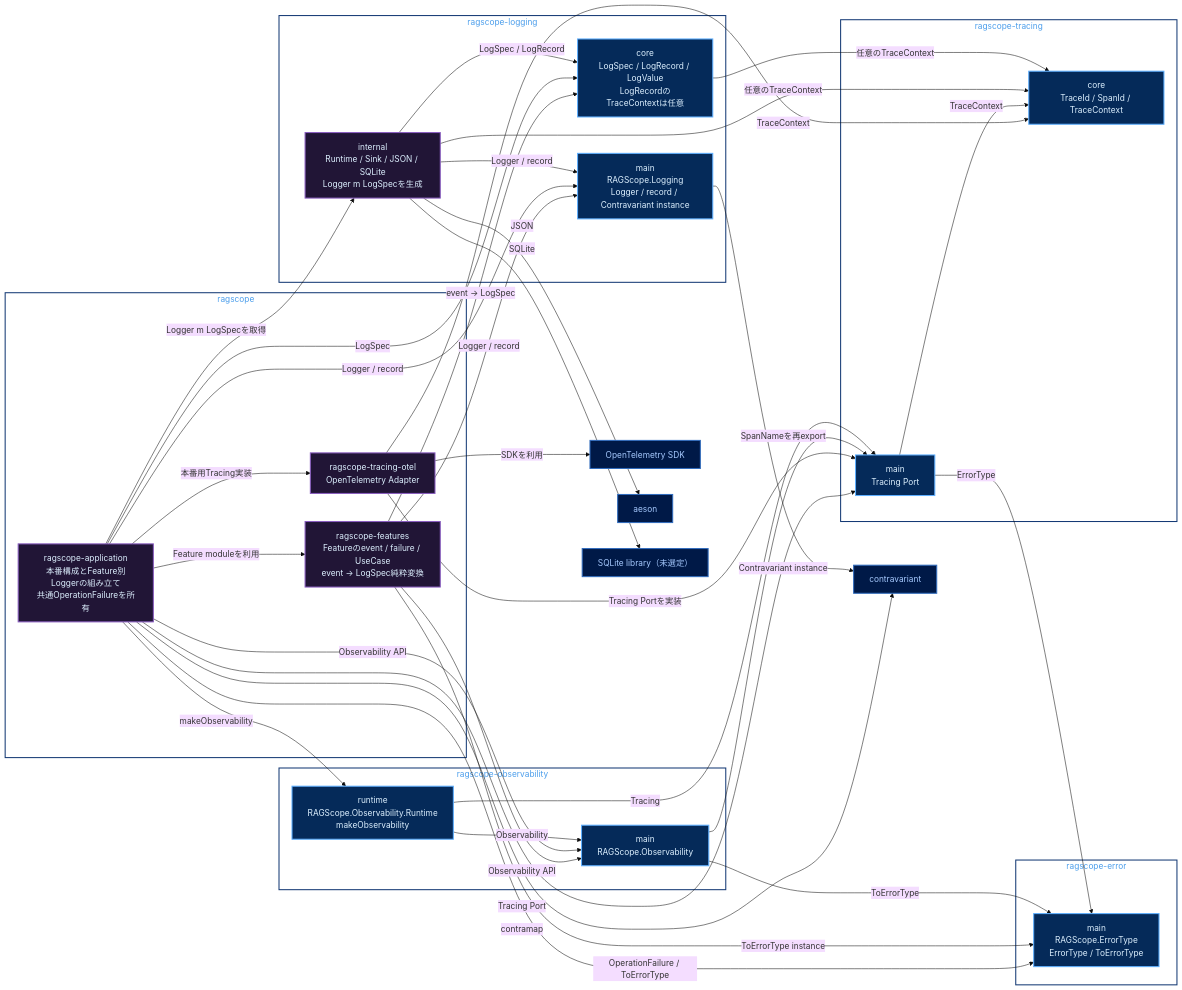
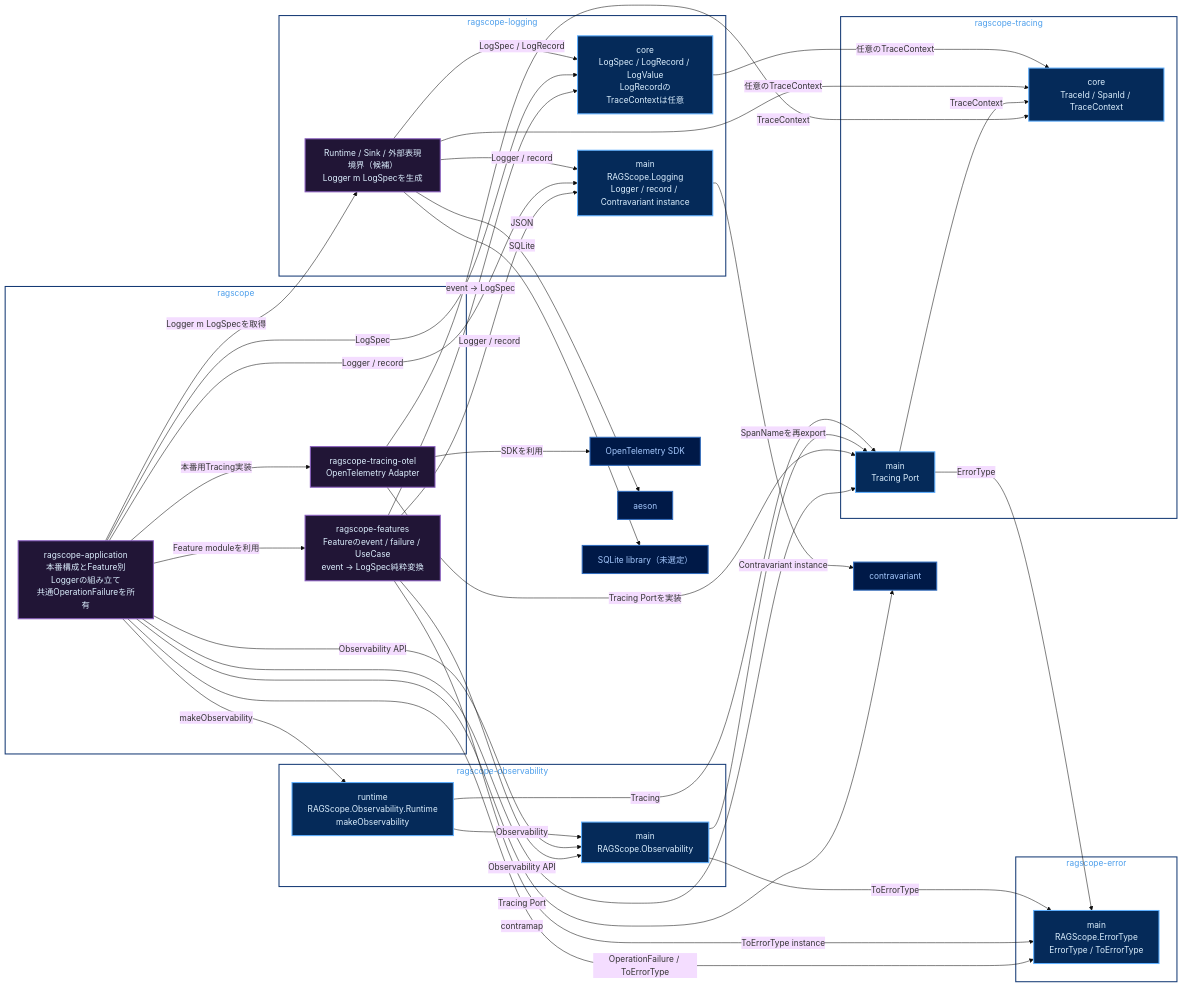
Before and after one commit to takashit16833/Workbench: the diagram in Notes/RAGScope/RAGScopeアプリケーション/実行追跡・構造化ログ静的依存図.md, drawn with Mermaid (base theme). The commit also changed other lines of this file, not shown here.

Commit message:
docs: mark logging runtime boundary as candidate

````diff
--- a/Notes/RAGScope/RAGScopeアプリケーション/実行追跡・構造化ログ静的依存図.md
+++ b/Notes/RAGScope/RAGScopeアプリケーション/実行追跡・構造化ログ静的依存図.md
@@ -25,71 +25,71 @@
 ```mermaid
 flowchart LR
     subgraph pkg_ragscope["ragscope"]
         features["ragscope-features<br/>Featureのevent / failure / UseCase<br/>event → LogSpec純粋変換"]
         application["ragscope-application<br/>本番構成とFeature別Loggerの組み立て<br/>共通OperationFailureを所有"]
         tracing_otel["ragscope-tracing-otel<br/>OpenTelemetry Adapter"]
     end
     subgraph pkg_error["ragscope-error"]
         error_main["main<br/>RAGScope.ErrorType<br/>ErrorType / ToErrorType"]
     end
     subgraph pkg_obs["ragscope-observability"]
         obs_main["main<br/>RAGScope.Observability"]
         obs_runtime["runtime<br/>RAGScope.Observability.Runtime<br/>makeObservability"]
     end
     subgraph pkg_tracing["ragscope-tracing"]
         trace_main["main<br/>Tracing Port"]
         trace_core["core<br/>TraceId / SpanId / TraceContext"]
     end
     subgraph pkg_logging["ragscope-logging"]
         log_core["core<br/>LogSpec / LogRecord / LogValue<br/>LogRecordのTraceContextは任意"]
         log_main["main<br/>RAGScope.Logging<br/>Logger / record / Contravariant instance"]
-        log_internal["internal<br/>Runtime / Sink / JSON / SQLite<br/>Logger m LogSpecを生成"]
+        log_internal["Runtime / Sink / 外部表現境界（候補）<br/>Logger m LogSpecを生成"]
     end
     contravariant["contravariant"]
     otel_sdk["OpenTelemetry SDK"]
     aeson["aeson"]
     sqlite_lib["SQLite library（未選定）"]
 
     application -->|Feature moduleを利用| features
     application -->|OperationFailure / ToErrorType| error_main
     features -->|Observability API| obs_main
     features -->|ToErrorType instance| error_main
     features -->|Logger / record| log_main
     features -->|event → LogSpec| log_core
     application -->|Observability API| obs_main
     application -->|makeObservability| obs_runtime
     application -->|Logger / record| log_main
     application -->|LogSpec| log_core
     application -->|Logger m LogSpecを取得| log_internal
     application -->|contramap| contravariant
     application -->|Tracing Port| trace_main
     application -->|本番用Tracing実装| tracing_otel
     tracing_otel -->|Tracing Portを実装| trace_main
     tracing_otel -->|TraceContext| trace_core
     tracing_otel -->|SDKを利用| otel_sdk
     obs_main -->|ToErrorType| error_main
     obs_main -->|SpanNameを再export| trace_main
     obs_runtime -->|Observability| obs_main
     obs_runtime -->|Tracing| trace_main
     trace_main -->|TraceContext| trace_core
     trace_main -->|ErrorType| error_main
     log_main -->|Contravariant instance| contravariant
     log_internal -->|Logger / record| log_main
     log_internal -->|LogSpec / LogRecord| log_core
     log_internal -->|任意のTraceContext| trace_core
     log_internal -->|JSON| aeson
     log_internal -->|SQLite| sqlite_lib
     log_core -->|任意のTraceContext| trace_core
 
     classDef public fill:#052A59,stroke:#5EAFFF,color:#DDF0FF,stroke-width:2px
     classDef private fill:#211536,stroke:#8A5EC0,color:#DDF0FF,stroke-width:2px
     classDef external fill:#001947,stroke:#316CBD,color:#A6CAFF,stroke-width:2px
     class error_main,obs_main,obs_runtime,trace_main,trace_core,log_core,log_main public
     class features,application,tracing_otel,log_internal private
     class contravariant,otel_sdk,aeson,sqlite_lib external
     style pkg_ragscope fill:transparent,stroke:#153A75,color:#4C9EEB,stroke-width:2px
     style pkg_error fill:transparent,stroke:#153A75,color:#4C9EEB,stroke-width:2px
     style pkg_obs fill:transparent,stroke:#153A75,color:#4C9EEB,stroke-width:2px
     style pkg_tracing fill:transparent,stroke:#153A75,color:#4C9EEB,stroke-width:2px
     style pkg_logging fill:transparent,stroke:#153A75,color:#4C9EEB,stroke-width:2px
 ```
````
